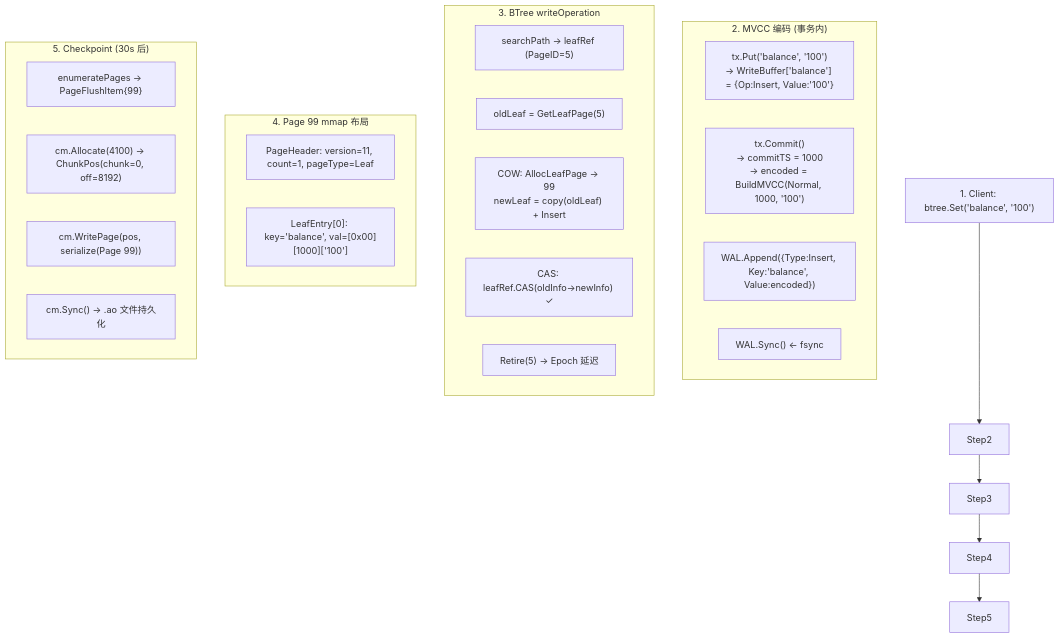
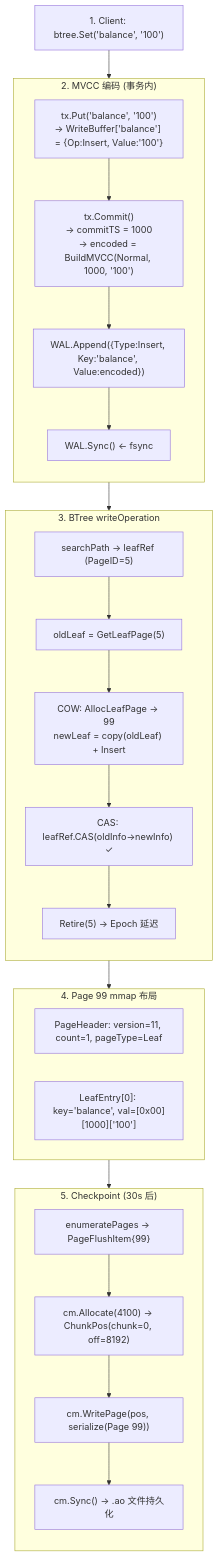
Diagram 37 of 39 in docs/07_spike/btree-refactor/2026-05-23-persistence-architecture-comprehensive-guide.md (jzhang405/NexKV), drawn with Mermaid before and after one commit. The commit also changed other lines of this file, not shown here.

````diff
--- a/docs/07_spike/btree-refactor/2026-05-23-persistence-architecture-comprehensive-guide.md
+++ b/docs/07_spike/btree-refactor/2026-05-23-persistence-architecture-comprehensive-guide.md
@@ -1131,37 +1149,39 @@
 ```mermaid
 flowchart TB
-    Step1["1. Client: btree.Set('balance', '100')"] --> Step2
+    Step1["1. Client: btree.Set('balance', '100')"]
     
-    subgraph Step2Box["2. MVCC 编码 (事务内)"]
+    subgraph Step2["2. MVCC 编码 (事务内)"]
+        direction TB
         S2A["tx.Put('balance', '100')<br/>→ WriteBuffer['balance'] = {Op:Insert, Value:'100'}"]
         S2B["tx.Commit()<br/>→ commitTS = 1000<br/>→ encoded = BuildMVCC(Normal, 1000, '100')"]
         S2C["WAL.Append({Type:Insert, Key:'balance', Value:encoded})"]
         S2D["WAL.Sync() ← fsync"]
+        S2A --> S2B --> S2C --> S2D
     end
     
-    Step2 --> Step3
-    
-    subgraph Step3Box["3. BTree writeOperation"]
+    subgraph Step3["3. BTree writeOperation"]
+        direction TB
         S3A["searchPath → leafRef (PageID=5)"]
         S3B["oldLeaf = GetLeafPage(5)"]
         S3C["COW: AllocLeafPage → 99<br/>newLeaf = copy(oldLeaf) + Insert"]
         S3D["CAS: leafRef.CAS(oldInfo→newInfo) ✓"]
         S3E["Retire(5) → Epoch 延迟"]
+        S3A --> S3B --> S3C --> S3D --> S3E
     end
     
-    Step3 --> Step4
-    
-    subgraph Step4Box["4. Page 99 mmap 布局"]
+    subgraph Step4["4. Page 99 mmap 布局"]
         S4A["PageHeader: version=11, count=1, pageType=Leaf"]
         S4B["LeafEntry[0]: key='balance', val=[0x00][1000]['100']"]
     end
     
-    Step4 --> Step5
-    
-    subgraph Step5Box["5. Checkpoint (30s 后)"]
+    subgraph Step5["5. Checkpoint (30s 后)"]
+        direction TB
         S5A["enumeratePages → PageFlushItem{99}"]
         S5B["cm.Allocate(4100) → ChunkPos(chunk=0, off=8192)"]
         S5C["cm.WritePage(pos, serialize(Page 99))"]
         S5D["cm.Sync() → .ao 文件持久化"]
+        S5A --> S5B --> S5C --> S5D
     end
+    
+    Step1 --> Step2 --> Step3 --> Step4 --> Step5
 ```
````
